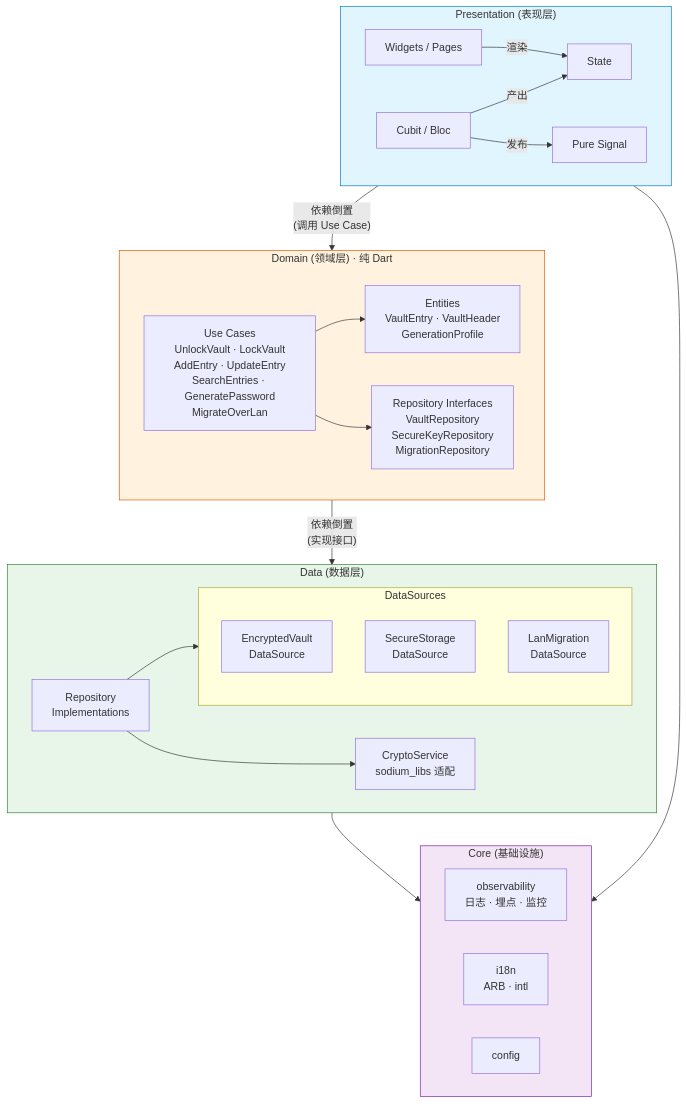
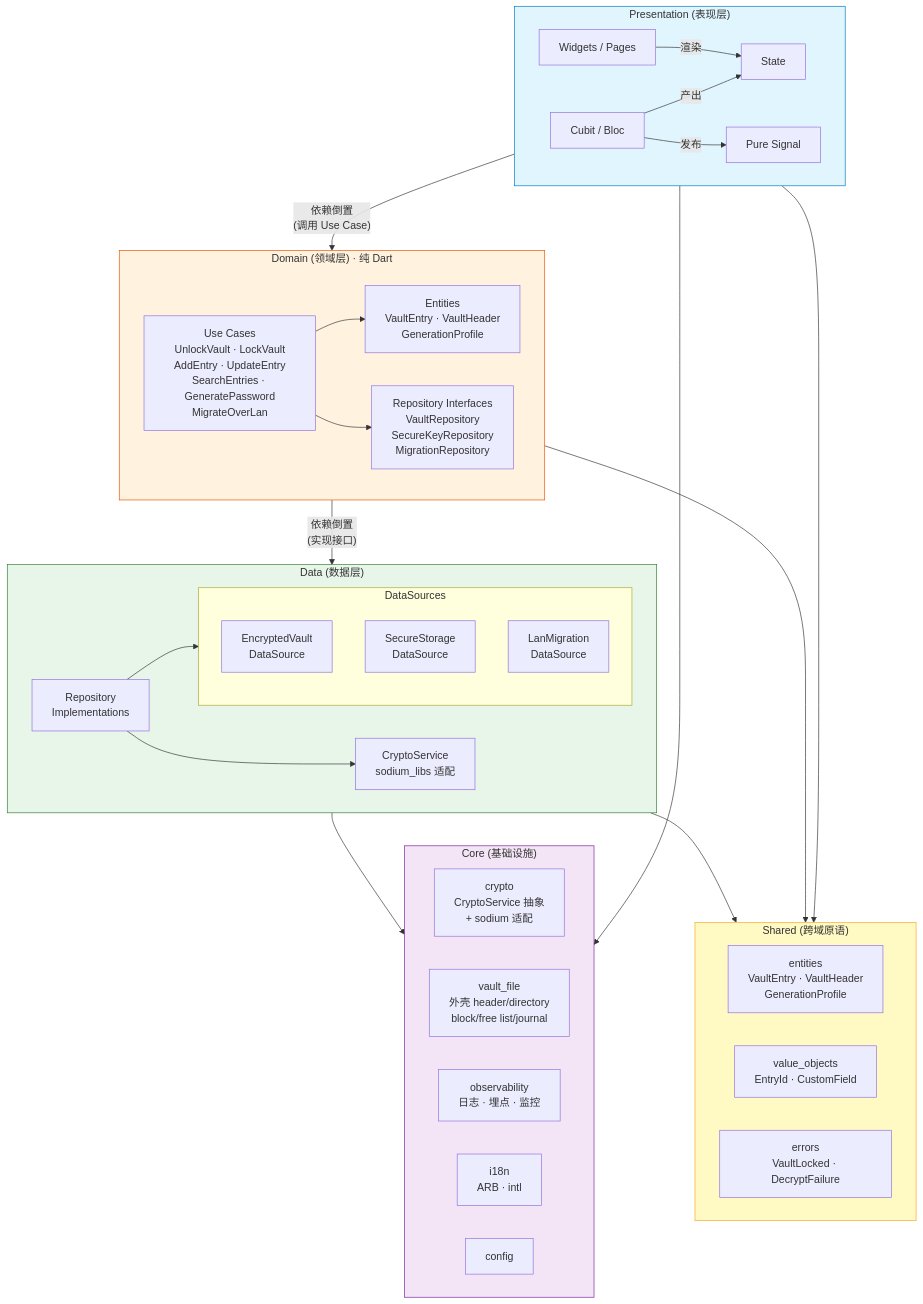
Before and after one commit to CCreative-Od1L/project_sw: the first of 3 diagrams in docs/ARCHITECTURE.md, drawn with Mermaid. The commit also changed other lines of this file, not shown here.

First line of the commit message:
fix: sync architecture diagrams with feature-based restructuring

````diff
--- a/docs/ARCHITECTURE.md
+++ b/docs/ARCHITECTURE.md
@@ -55,52 +55,65 @@
 ```mermaid
 graph TB
     subgraph Presentation["Presentation (表现层)"]
         direction LR
         W["Widgets / Pages"]
         C["Cubit / Bloc"]
         S1["State"]
         PS["Pure Signal"]
         W -->|"渲染"| S1
         C -->|"产出"| S1
         C -->|"发布"| PS
     end
 
     subgraph Domain["Domain (领域层) · 纯 Dart"]
         direction LR
         E["Entities<br/>VaultEntry · VaultHeader<br/>GenerationProfile"]
         UC["Use Cases<br/>UnlockVault · LockVault<br/>AddEntry · UpdateEntry<br/>SearchEntries · GeneratePassword<br/>MigrateOverLan"]
         RI["Repository Interfaces<br/>VaultRepository<br/>SecureKeyRepository<br/>MigrationRepository"]
         UC --> E
         UC --> RI
     end
 
     subgraph Data["Data (数据层)"]
         direction LR
         subgraph DS["DataSources"]
             EV["EncryptedVault<br/>DataSource"]
             SS["SecureStorage<br/>DataSource"]
             LM["LanMigration<br/>DataSource"]
         end
         RI_IMPL["Repository<br/>Implementations"]
         CRYPTO["CryptoService<br/>sodium_libs 适配"]
         RI_IMPL --> DS
         RI_IMPL --> CRYPTO
     end
 
     subgraph Core["Core (基础设施)"]
         direction LR
+        C_CRYPTO["crypto<br/>CryptoService 抽象<br/>+ sodium 适配"]
+        VF["vault_file<br/>外壳 header/directory<br/>block/free list/journal"]
         OBS["observability<br/>日志 · 埋点 · 监控"]
         I18N["i18n<br/>ARB · intl"]
         CFG["config"]
     end
 
+    subgraph Shared["Shared (跨域原语)"]
+        direction LR
+        SH_ENT["entities<br/>VaultEntry · VaultHeader<br/>GenerationProfile"]
+        SH_VO["value_objects<br/>EntryId · CustomField"]
+        SH_ERR["errors<br/>VaultLocked · DecryptFailure"]
+    end
+
     Presentation -->|"依赖倒置<br/>(调用 Use Case)"| Domain
     Domain -->|"依赖倒置<br/>(实现接口)"| Data
     Data --> Core
+    Data --> Shared
+    Domain --> Shared
     Presentation --> Core
+    Presentation --> Shared
 
     style Presentation fill:#e1f5fe,stroke:#0277bd
     style Domain fill:#fff3e0,stroke:#e65100
     style Data fill:#e8f5e9,stroke:#2e7d32
     style Core fill:#f3e5f5,stroke:#7b1fa2
+    style Shared fill:#fff9c4,stroke:#f9a825
 ```
````
